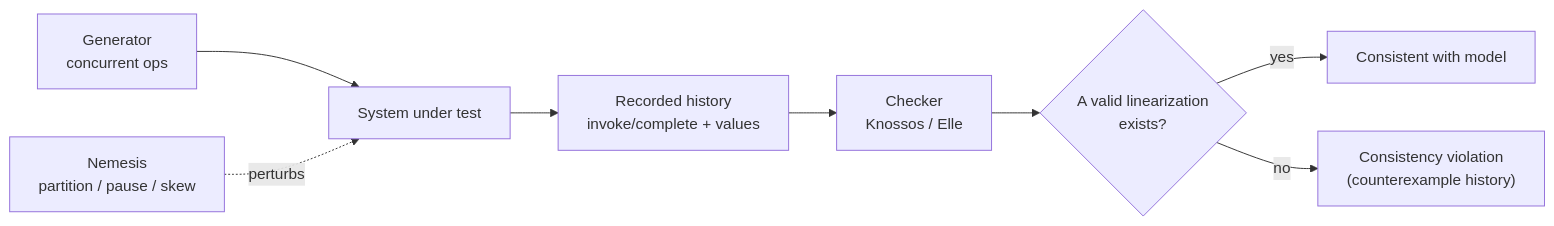
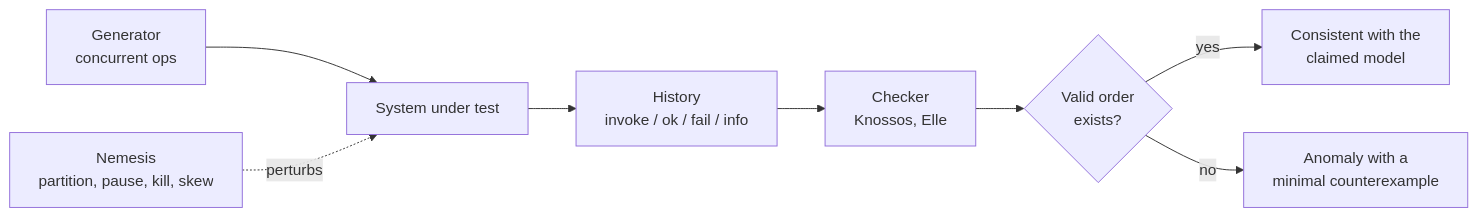
The fourth of 6 diagrams in github-pages/docs/distributed-systems/testing-distributed-systems.md (AndrewAltimit/Documentation), drawn with Mermaid before and after one commit. The commit also changed other lines of this file and 240 other files, not shown here.

````diff
--- a/github-pages/docs/distributed-systems/testing-distributed-systems.md
+++ b/github-pages/docs/distributed-systems/testing-distributed-systems.md
@@ -278,10 +372,10 @@
 ```mermaid
 flowchart LR
     Gen["Generator<br/>concurrent ops"] --> Sys["System under test"]
-    Nem["Nemesis<br/>partition / pause / skew"] -. perturbs .-> Sys
-    Sys --> Hist["Recorded history<br/>invoke/complete + values"]
-    Hist --> Chk["Checker<br/>Knossos / Elle"]
-    Chk --> Verdict{"A valid linearization<br/>exists?"}
-    Verdict -- yes --> OK["Consistent with model"]
-    Verdict -- no --> Bug["Consistency violation<br/>(counterexample history)"]
+    Nem["Nemesis<br/>partition, pause, kill, skew"] -. perturbs .-> Sys
+    Sys --> Hist["History<br/>invoke / ok / fail / info"]
+    Hist --> Chk["Checker<br/>Knossos, Elle"]
+    Chk --> V{"Valid order<br/>exists?"}
+    V -- yes --> OK["Consistent with the<br/>claimed model"]
+    V -- no --> Bug["Anomaly with a<br/>minimal counterexample"]
 ```
````
